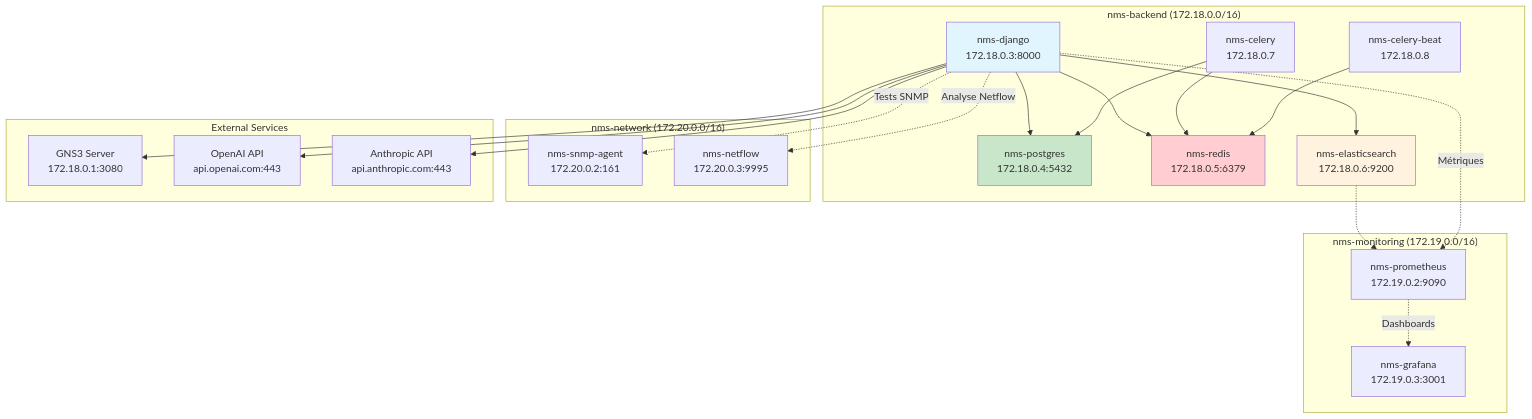
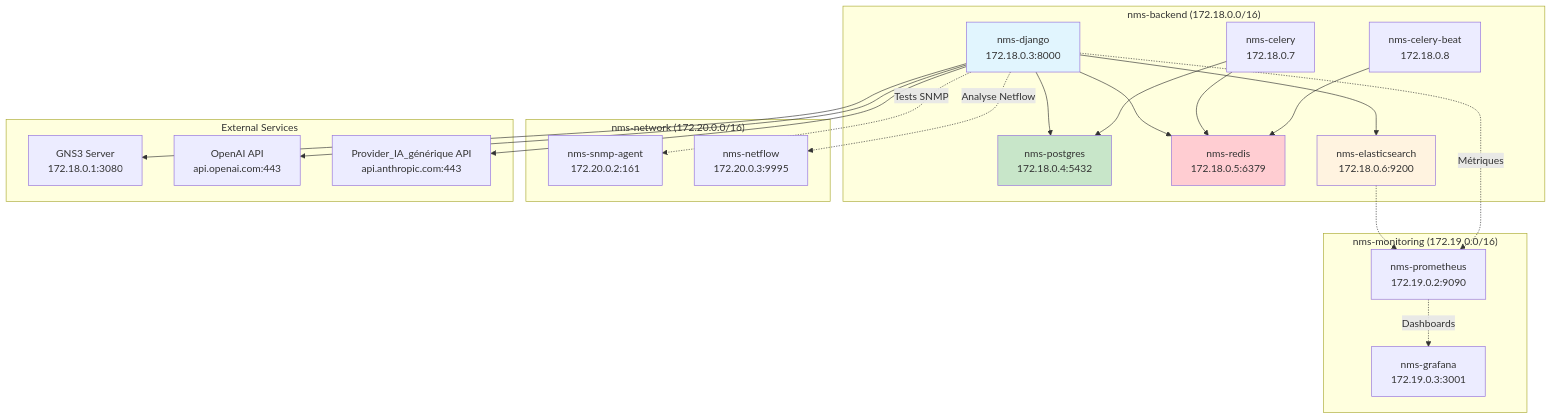
The fourth of 5 diagrams in analyses/analyse_module_ai_assistant_ultra_detaillee.md (Iram04hack/network-management-system), drawn with Mermaid before and after one commit. The commit also changed other lines of this file and 24 other files, not shown here.

````diff
--- a/analyses/analyse_module_ai_assistant_ultra_detaillee.md
+++ b/analyses/analyse_module_ai_assistant_ultra_detaillee.md
@@ -1376,53 +1376,53 @@
 ```mermaid
 graph TB
     subgraph "nms-backend (172.18.0.0/16)"
         Django["nms-django<br/>172.18.0.3:8000"] 
         PostgreSQL["nms-postgres<br/>172.18.0.4:5432"]
         Redis["nms-redis<br/>172.18.0.5:6379"]
         Elasticsearch["nms-elasticsearch<br/>172.18.0.6:9200"]
         Celery["nms-celery<br/>172.18.0.7"]
         CeleryBeat["nms-celery-beat<br/>172.18.0.8"]
     end
     
     subgraph "nms-monitoring (172.19.0.0/16)"
         Prometheus["nms-prometheus<br/>172.19.0.2:9090"]
         Grafana["nms-grafana<br/>172.19.0.3:3001"]
         Elasticsearch -.-> Prometheus
     end
     
     subgraph "nms-network (172.20.0.0/16)"
         SNMP["nms-snmp-agent<br/>172.20.0.2:161"]
         Netflow["nms-netflow<br/>172.20.0.3:9995"]
     end
     
     subgraph "External Services"
         GNS3["GNS3 Server<br/>172.18.0.1:3080"]
         OpenAI["OpenAI API<br/>api.openai.com:443"]
-        Anthropic["Anthropic API<br/>api.anthropic.com:443"]
+        Provider_IA_générique["Provider_IA_générique API<br/>api.anthropic.com:443"]
     end
     
     %% Connexions principales
     Django --> PostgreSQL
     Django --> Redis
     Django --> Elasticsearch
     Django --> GNS3
     Django --> OpenAI
-    Django --> Anthropic
+    Django --> Provider_IA_générique
     
     Celery --> Redis
     CeleryBeat --> Redis
     Celery --> PostgreSQL
     
     %% Flux de données
     Django -.->|"Métriques"| Prometheus
     Prometheus -.->|"Dashboards"| Grafana
     
     %% Tests réseau
     Django -.->|"Tests SNMP"| SNMP
     Django -.->|"Analyse Netflow"| Netflow
     
     style Django fill:#e1f5fe
     style PostgreSQL fill:#c8e6c9  
     style Redis fill:#ffcdd2
     style Elasticsearch fill:#fff3e0
 ```
````
